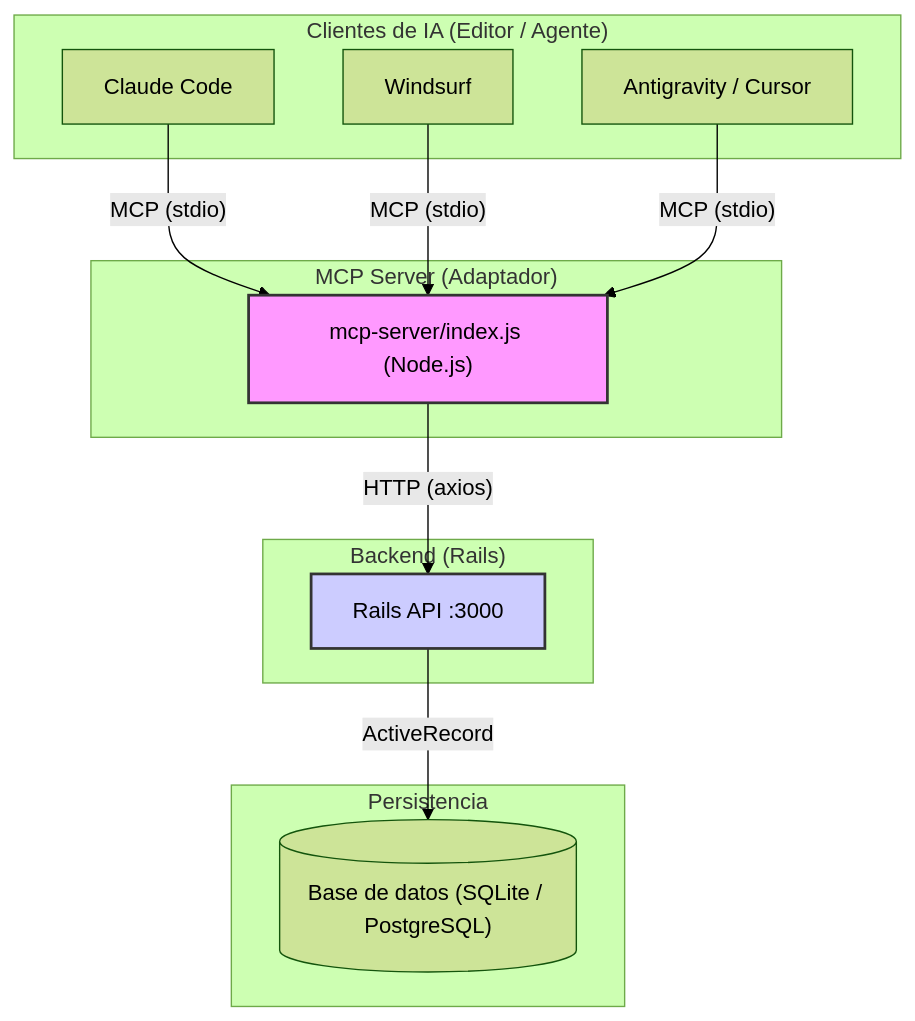
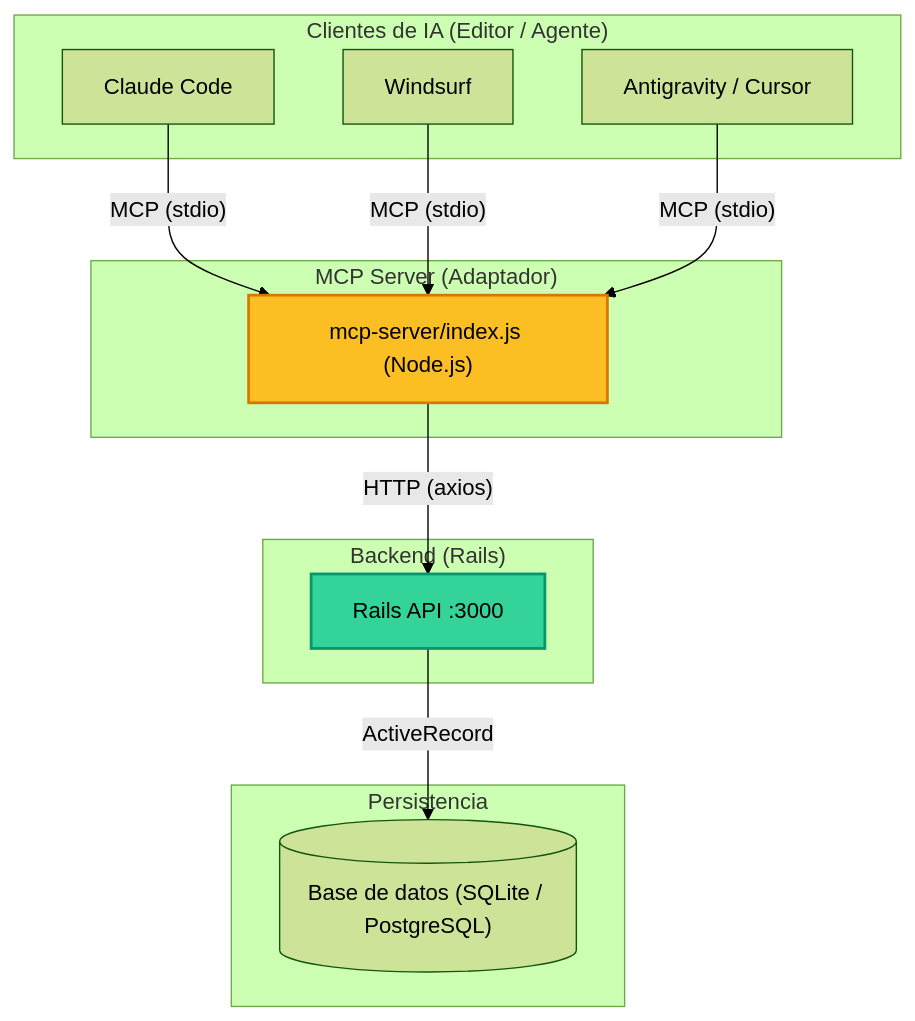
Before and after one commit to illuminaki/create-mcp-for-custom: the diagram in mcp-walkthrough.md, drawn with Mermaid (forest theme). The commit also changed other lines of this file, not shown here.

Commit message:
style: enhance mermaid diagram contrast with dark text

````diff
--- a/mcp-walkthrough.md
+++ b/mcp-walkthrough.md
@@ -19,27 +19,27 @@
 ```mermaid
 graph TD
     subgraph "Clientes de IA (Editor / Agente)"
         A1["Claude Code"]
         A2["Windsurf"]
         A3["Antigravity / Cursor"]
     end
 
     subgraph "MCP Server (Adaptador)"
         MCPServer["mcp-server/index.js (Node.js)"]
     end
 
     subgraph "Backend (Rails)"
         RailsAPI["Rails API :3000"]
     end
 
     subgraph "Persistencia"
         DB[("Base de datos (SQLite / PostgreSQL)")]
     end
 
     A1 & A2 & A3 -- "MCP (stdio)" --> MCPServer
     MCPServer -- "HTTP (axios)" --> RailsAPI
     RailsAPI -- "ActiveRecord" --> DB
 
-    style MCPServer fill:#f9f,stroke:#333,stroke-width:2px
-    style RailsAPI fill:#ccf,stroke:#333,stroke-width:2px
+    style MCPServer fill:#fbbf24,stroke:#d97706,stroke-width:2px,color:#000
+    style RailsAPI fill:#34d399,stroke:#059669,stroke-width:2px,color:#000
 ```
````
